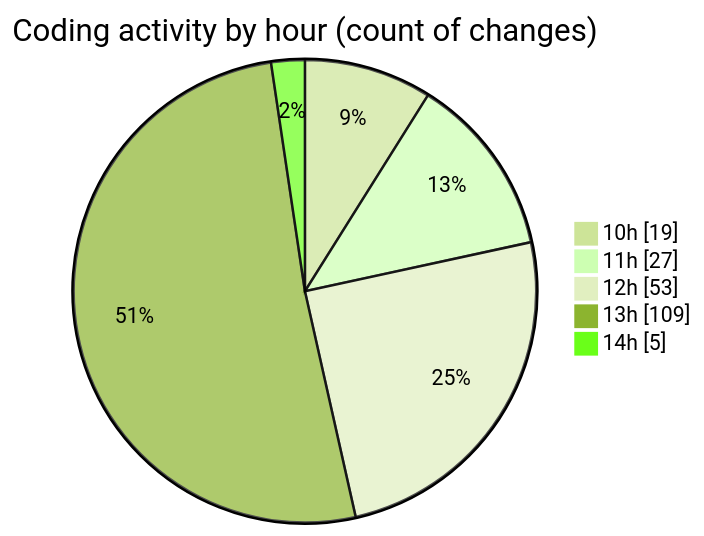
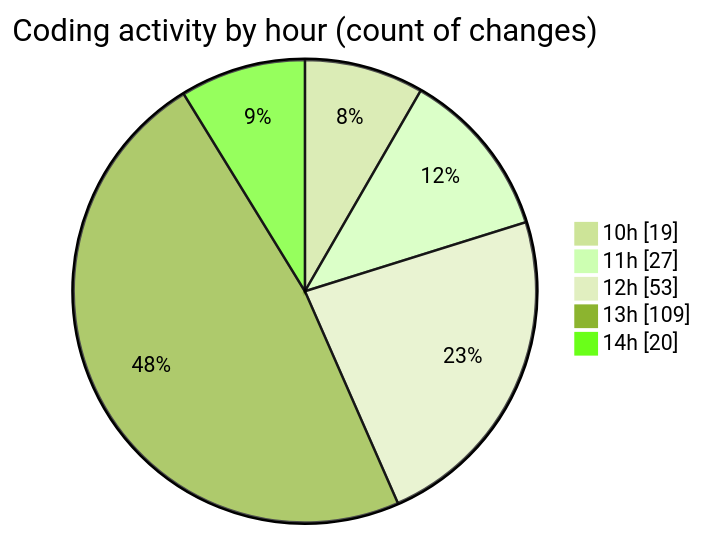
Before and after one commit to momahboobian/code-tracking: the second of 2 diagrams in 2025-03-18/cda/README.md, drawn with Mermaid (forest theme). The commit also changed other lines of this file and 1 other file, not shown here.

````diff
--- a/2025-03-18/cda/README.md
+++ b/2025-03-18/cda/README.md
@@ -42,9 +42,9 @@
 ```mermaid
 pie showData
 title Coding activity by hour (count of changes)
 "10h" : 19
 "11h" : 27
 "12h" : 53
 "13h" : 109
-"14h" : 5
+"14h" : 20
 ```
````
